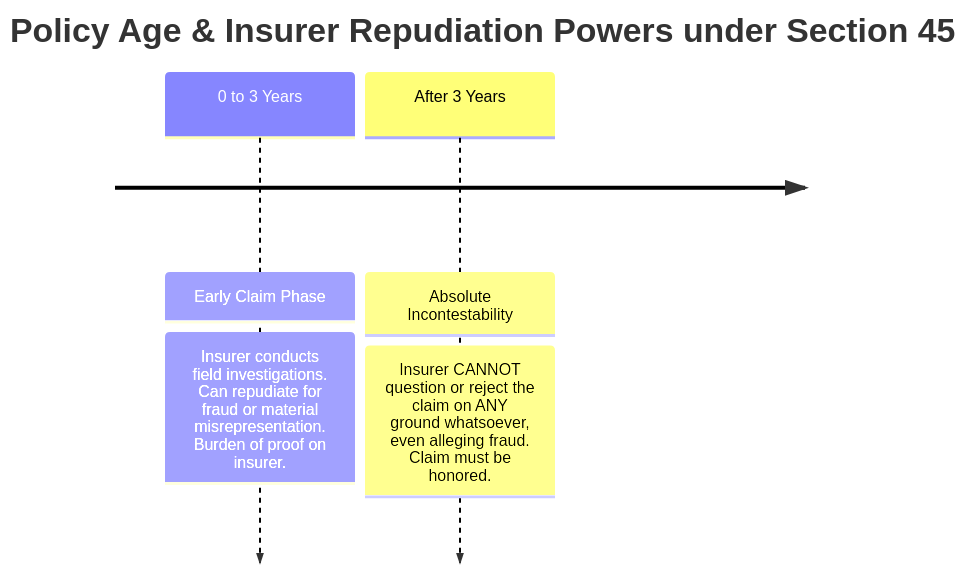
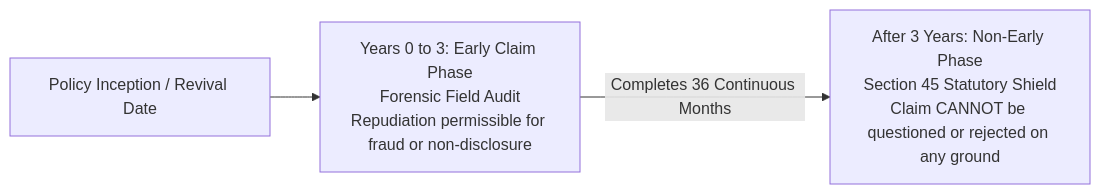
One commit to chirag127/cover-and-capital-india changed the first of 2 diagrams in src/content/articles/life-insurance-exclusions-claim-rejection-risks.mdx. Above: the diagram before and after it, drawn with Mermaid. The commit also changed other lines of this file and 19 other files, not shown here.

Commit message:
feat: expand cornerstone guides with deep problem-solving analysis, Policybazaar plan breakdowns, and Mermaid renderer

````diff
--- a/src/content/articles/life-insurance-exclusions-claim-rejection-risks.mdx
+++ b/src/content/articles/life-insurance-exclusions-claim-rejection-risks.mdx
@@ -63,6 +80,5 @@
 ```mermaid
-timeline
-    title Policy Age & Insurer Repudiation Powers under Section 45
-    0 to 3 Years : Early Claim Phase : Insurer conducts field investigations. Can repudiate for fraud or material misrepresentation. Burden of proof on insurer.
-    After 3 Years : Absolute Incontestability : Insurer CANNOT question or reject the claim on ANY ground whatsoever, even alleging fraud. Claim must be honored.
+flowchart LR
+    Start["Policy Inception / Revival Date"] --> Phase1["Years 0 to 3: Early Claim Phase<br/>Forensic Field Audit<br/>Repudiation permissible for fraud or non-disclosure"]
+    Phase1 -->|Completes 36 Continuous Months| Phase2["After 3 Years: Non-Early Phase<br/>Section 45 Statutory Shield<br/>Claim CANNOT be questioned or rejected on any ground"]
 ```
````
